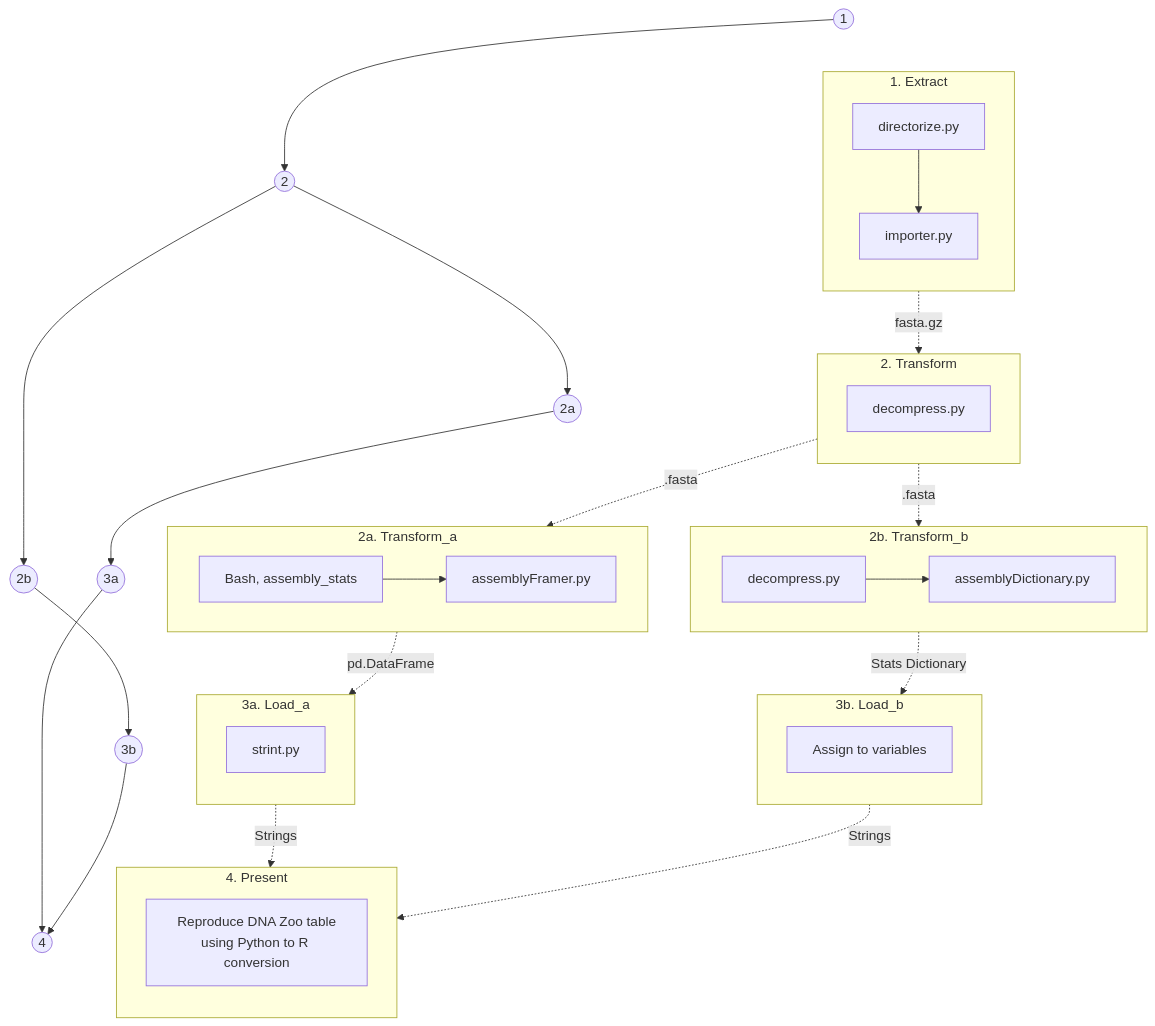
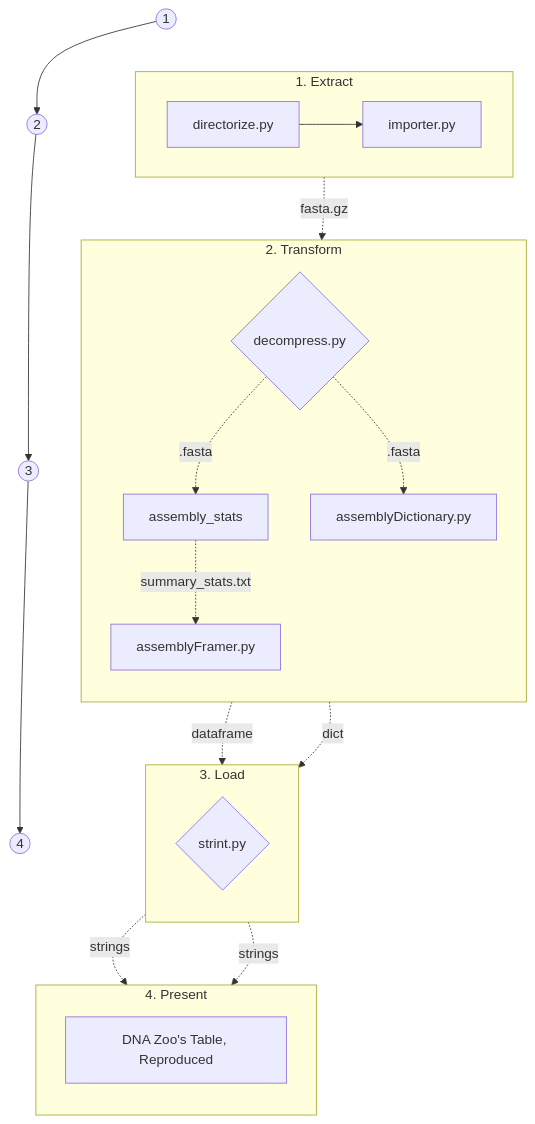
One commit to ericMossotti/Cicada_Data changed the diagram in index.qmd. Above: the diagram before and after it, drawn with Mermaid. The commit also changed other lines of this file, not shown here.

Commit message:
Update code-fold; improved the mermaid diagram; add bioconductor output

````diff
--- a/index.qmd
+++ b/index.qmd
@@ -92,60 +92,40 @@
 ```{mermaid}
 %%| code-fold: true
 %%| code-summary: Create a Mermaid diagram from code.
 
 flowchart TB
     A((1)):::circle --> B((2)):::circle
-    B --> C((2a)):::circle
-    B --> D((2b)):::circle
-    C --> E((3a)):::circle
-    D --> F((3b)):::circle
-    E --> G((4)):::circle
-    F --> G
-    
+    B --> C((3)):::circle
+    C --> D((4)):::circle
+
     subgraph Extract ["1. Extract"]
-        direction TB
+        direction LR
         A1["directorize.py"] --> A2["importer.py"]
     end
     subgraph Transform ["2. Transform"]
       direction TB
-      B1["decompress.py"]
+      B1{"decompress.py"} -.->|.fasta| B2["assembly_stats"] -.->|summary_stats.txt| B3["assemblyFramer.py"]
+      B1 -.->|.fasta| B4["assemblyDictionary.py"]
     end
-    subgraph Transform_a ["2a. Transform_a"]
-        direction LR
-        C1["Bash, assembly_stats"]
-        C1 --> C2["assemblyFramer.py"]
-    end
-    subgraph Transform_b ["2b. Transform_b"]
-        direction LR
-        D1["decompress.py"] --> D2["assemblyDictionary.py"]
-    end
-    subgraph Load_a ["3a. Load_a"]
+    subgraph Load ["3. Load"]
         direction TB
-        E1["strint.py"]
-    end
-    subgraph Load_b ["3b. Load_b"]
-        direction TB
-        F1["Assign to variables"]
+        C1{"strint.py"}
     end
     subgraph Present ["4. Present"]
         direction TB
-        G1["Reproduce DNA Zoo table\nusing Python to R conversion"]
+        D1["DNA Zoo's Table, Reproduced"]
     end
 	
     A ~~~ Extract
-    B ~~~ Transform_a
-    C ~~~ Transform_b
-    D ~~~ Load_a
-    E ~~~ Load_b
-    F ~~~ Present
+    B ~~~ Transform
+    C ~~~ Load
+    D ~~~ Present
 	
-    Extract -.->|fasta.gz| Transform
-    Transform -.->|.fasta| Transform_a
-    Transform -.->|.fasta| Transform_b
-    Transform_a -.->|pd.DataFrame| Load_a
-    Transform_b -.->|Stats Dictionary| Load_b
-    Load_a -.->|Strings| G1
-    Load_b -.->|Strings| G1
+    A2 -.->|fasta.gz| B1
+    B3 -.->|dataframe| C1
+    B4 -.->|dict| C1
+    C1 -.->|strings| Present
+    C1 -.->|strings| Present
     
 
 ```
````
